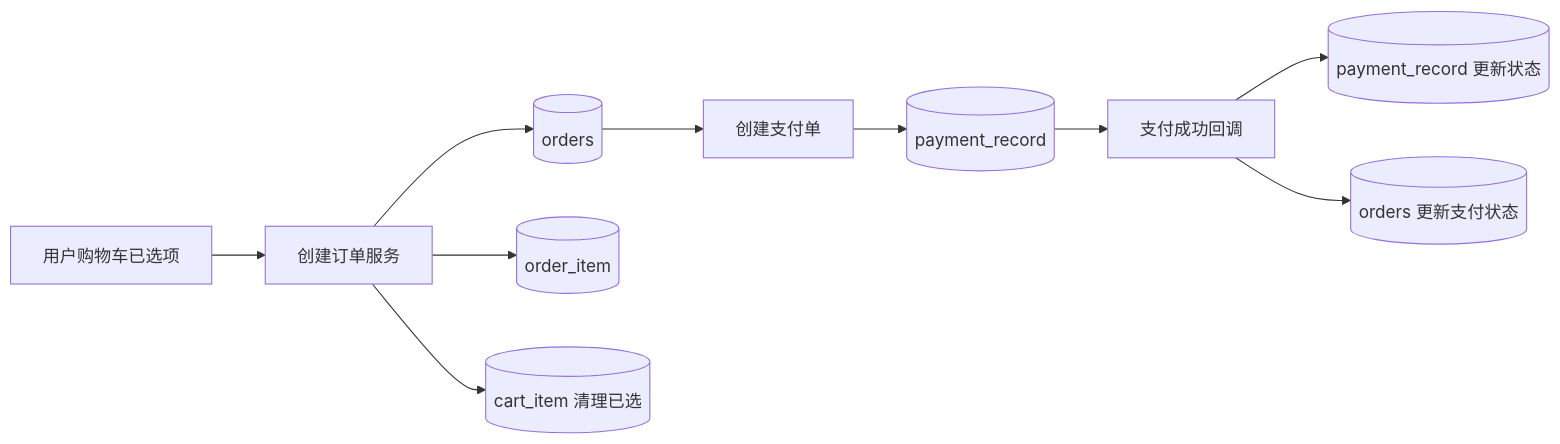
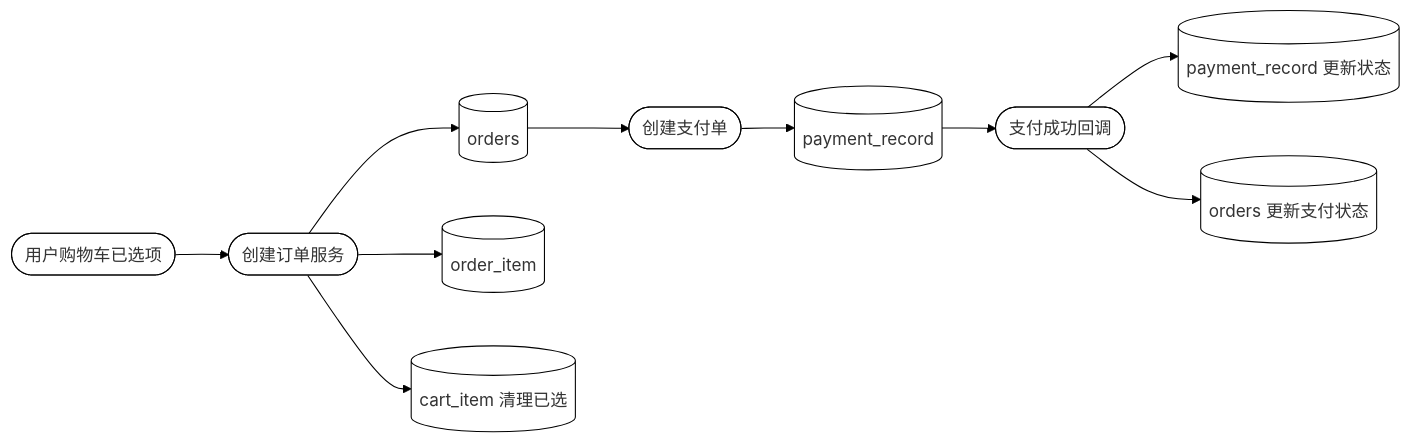
Before and after one commit to yuluo-eng/FoodieCloud: the third of 11 diagrams in thesis/first draft.md, drawn with Mermaid. The commit also changed other lines of this file and 13 other files, not shown here.

````diff
--- a/thesis/first draft.md
+++ b/thesis/first draft.md
@@ -236,12 +265,21 @@
 ```mermaid
+%%{init: {'theme': 'base', 'themeVariables': { 'primaryColor': '#ffffff', 'primaryBorderColor': '#000000', 'textColor': '#000000', 'lineColor': '#000000', 'clusterBkg': 'transparent', 'clusterBorder': '#000000', 'edgeLabelBackground': '#ffffff'}}}%%
 flowchart LR
-  A[用户购物车已选项] --> B[创建订单服务]
-  B --> C[(orders)]
-  B --> D[(order_item)]
-  B --> E[(cart_item 清理已选)]
-  C --> F[创建支付单]
-  F --> G[(payment_record)]
-  G --> H[支付成功回调]
-  H --> I[(payment_record 更新状态)]
-  H --> J[(orders 更新支付状态)]
+    %% 1. 数据源起点（使用圆角矩形表示数据/动作）
+    A(["用户购物车已选项"]) --> B(["创建订单服务"])
+
+    %% 2. 核心服务写库（系统内部处理动作继续用圆角，数据库用圆柱体）
+    B --> C[("orders")]
+    B --> D[("order_item")]
+    B --> E[("cart_item 清理已选")]
+
+    %% 3. 支付流程推进（依赖主订单表）
+    C --> F(["创建支付单"])
+    F --> G[("payment_record")]
+
+    %% 4. 支付回调写库
+    G --> H(["支付成功回调"])
+    H --> I[("payment_record 更新状态")]
+    H --> J[("orders 更新支付状态")]
+    
 ```
````
